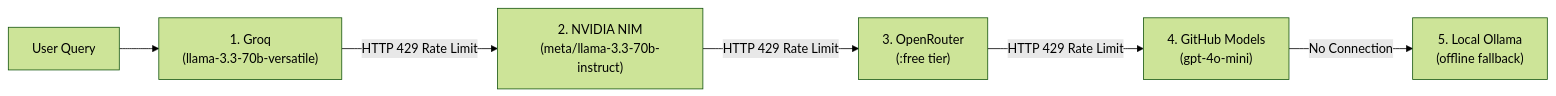
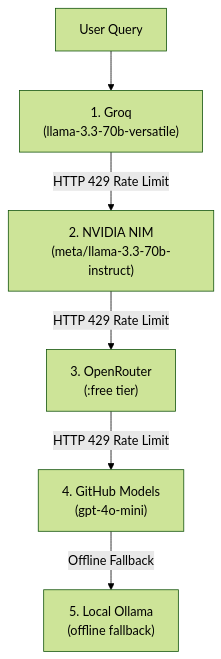
One commit to frasheed-dev/specrag changed the seventh of 7 diagrams in README.md. Above: the diagram before and after it, drawn with Mermaid (forest theme). The commit also changed other lines of this file, not shown here.

Commit message:
docs: replace cramped Step 2 Mermaid diagram with native Markdown table diff tutorial

````diff
--- a/README.md
+++ b/README.md
@@ -269,8 +297,8 @@
 ```mermaid
-flowchart LR
+flowchart TD
     Start["User Query"] --> P1["1. Groq\n(llama-3.3-70b-versatile)"]
     P1 -->|HTTP 429 Rate Limit| P2["2. NVIDIA NIM\n(meta/llama-3.3-70b-instruct)"]
     P2 -->|HTTP 429 Rate Limit| P3["3. OpenRouter\n(:free tier)"]
     P3 -->|HTTP 429 Rate Limit| P4["4. GitHub Models\n(gpt-4o-mini)"]
-    P4 -->|No Connection| P5["5. Local Ollama\n(offline fallback)"]
+    P4 -->|Offline Fallback| P5["5. Local Ollama\n(offline fallback)"]
 ```
````
